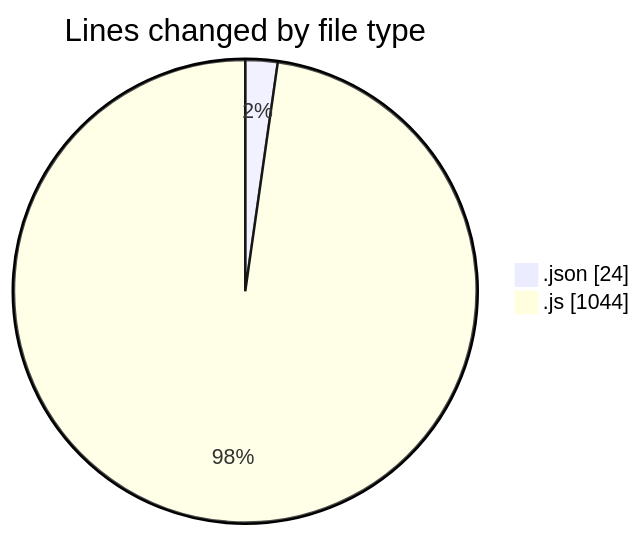
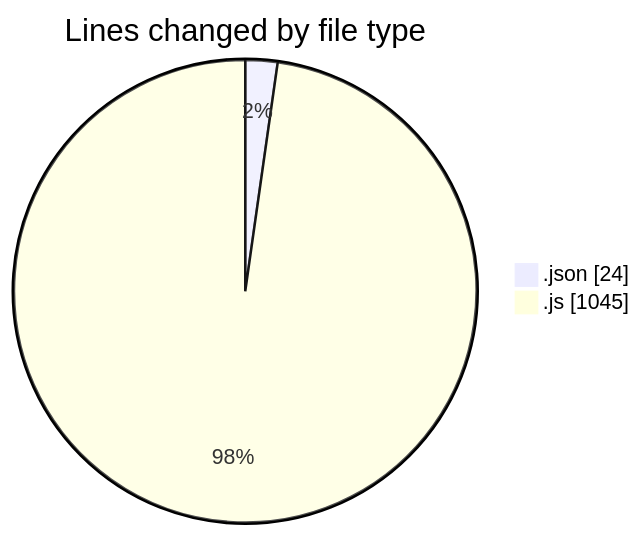
One commit to BS-eng2023/code-tracking changed the first of 2 diagrams in 2025-04-01/jsvms/README.md. Above: the diagram before and after it, drawn with Mermaid. The commit also changed other lines of this file and 1 other file, not shown here.

````diff
--- a/2025-04-01/jsvms/README.md
+++ b/2025-04-01/jsvms/README.md
@@ -36,6 +36,6 @@
 ```mermaid
 pie showData
 title Lines changed by file type
 ".json" : 24
-".js" : 1044
+".js" : 1045
 ```
````
